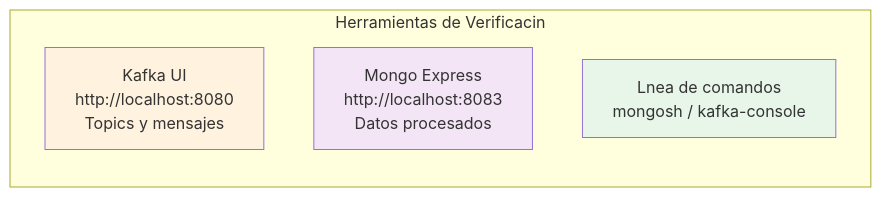
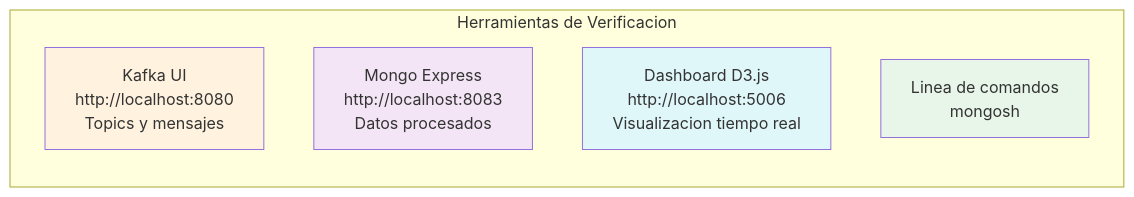
The third of 4 diagrams in QUICKSTART.md (arthur8davis/tfm-dataflow-architecture), drawn with Mermaid before and after one commit. The commit also changed other lines of this file and 9 other files, not shown here.

````diff
--- a/QUICKSTART.md
+++ b/QUICKSTART.md
@@ -93,12 +97,14 @@
 ```mermaid
 flowchart LR
-    subgraph Verificacion["Herramientas de Verificacin"]
+    subgraph Verificacion["Herramientas de Verificacion"]
         KafkaUI["Kafka UI\nhttp://localhost:8080\nTopics y mensajes"]
         MongoExpress["Mongo Express\nhttp://localhost:8083\nDatos procesados"]
-        CLI["Lnea de comandos\nmongosh / kafka-console"]
+        Dashboard["Dashboard D3.js\nhttp://localhost:5006\nVisualizacion tiempo real"]
+        CLI["Linea de comandos\nmongosh"]
     end
 
     style KafkaUI fill:#fff3e0
     style MongoExpress fill:#f3e5f5
+    style Dashboard fill:#e0f7fa
     style CLI fill:#e8f5e9
 ```
````
